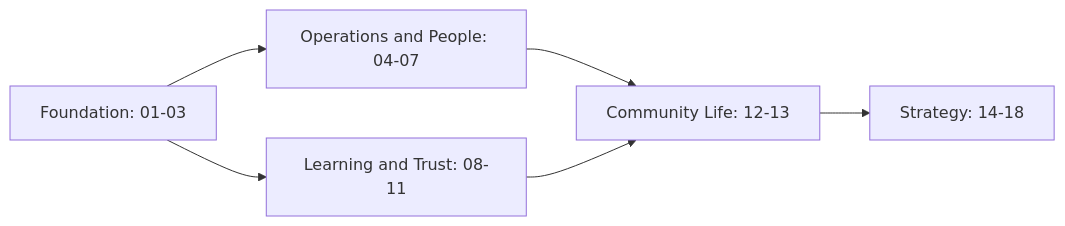
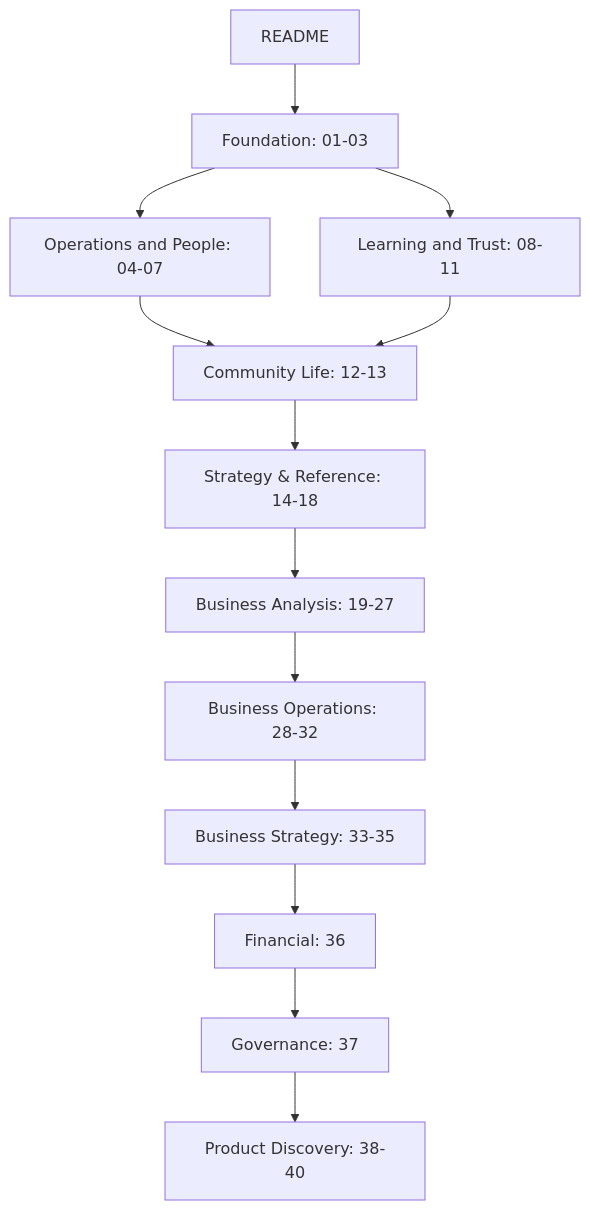
The diagram in README.md (HackyCoder0951/packetpulse), drawn with Mermaid before and after one commit. The commit also changed other lines of this file and 26 other files, not shown here.

````diff
--- a/README.md
+++ b/README.md
@@ -24,8 +24,15 @@
 ```mermaid
-graph LR
-    A[Foundation: 01-03] --> B[Operations and People: 04-07]
-    A --> C[Learning and Trust: 08-11]
-    B --> D[Community Life: 12-13]
-    C --> D
-    D --> E[Strategy: 14-18]
+graph TD
+    A[README] --> B[Foundation: 01-03]
+    B --> C[Operations and People: 04-07]
+    B --> D[Learning and Trust: 08-11]
+    C --> E[Community Life: 12-13]
+    D --> E
+    E --> F[Strategy & Reference: 14-18]
+    F --> G[Business Analysis: 19-27]
+    G --> H[Business Operations: 28-32]
+    H --> I[Business Strategy: 33-35]
+    I --> J[Financial: 36]
+    J --> K[Governance: 37]
+    K --> L[Product Discovery: 38-40]
 ```
````
